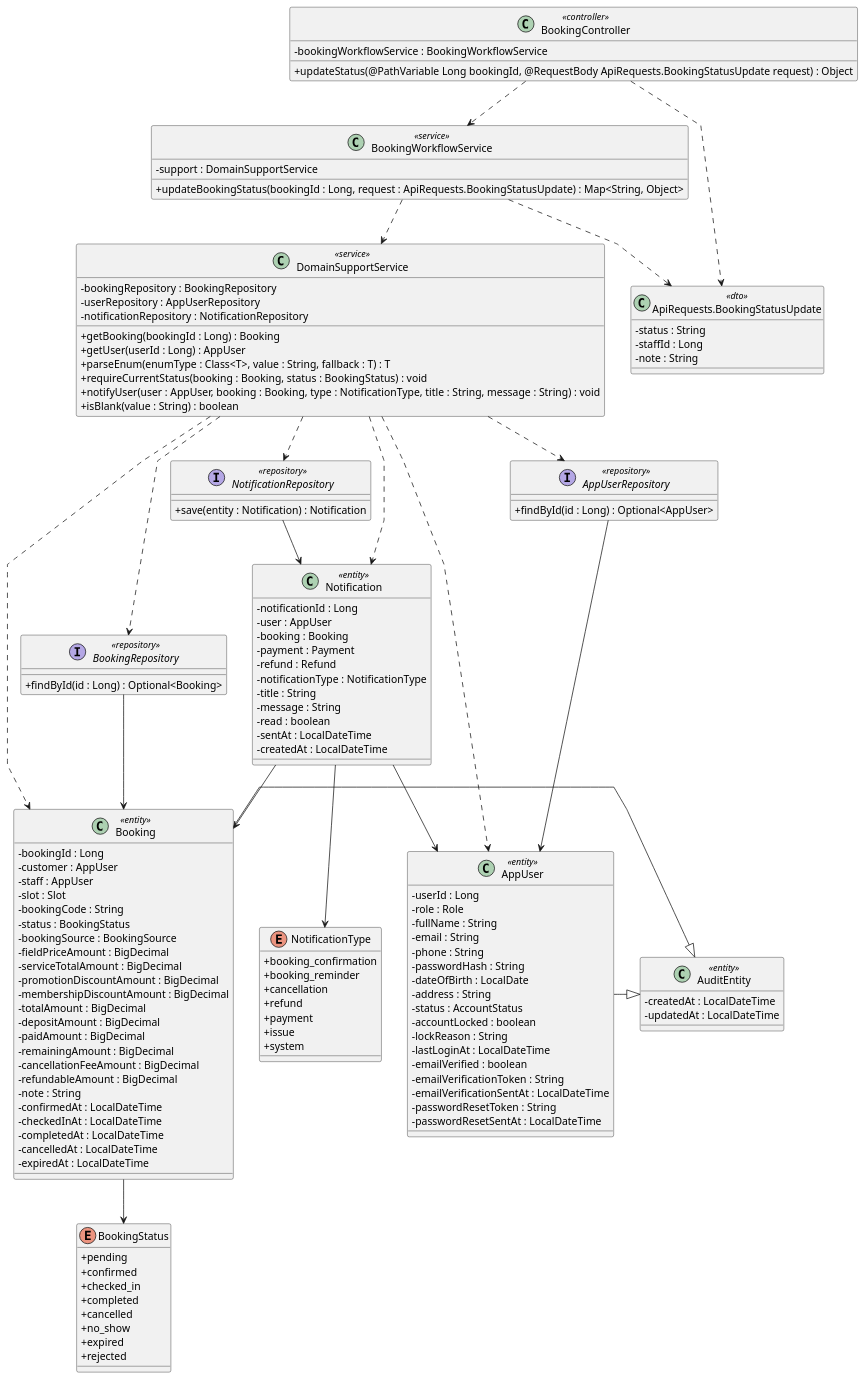
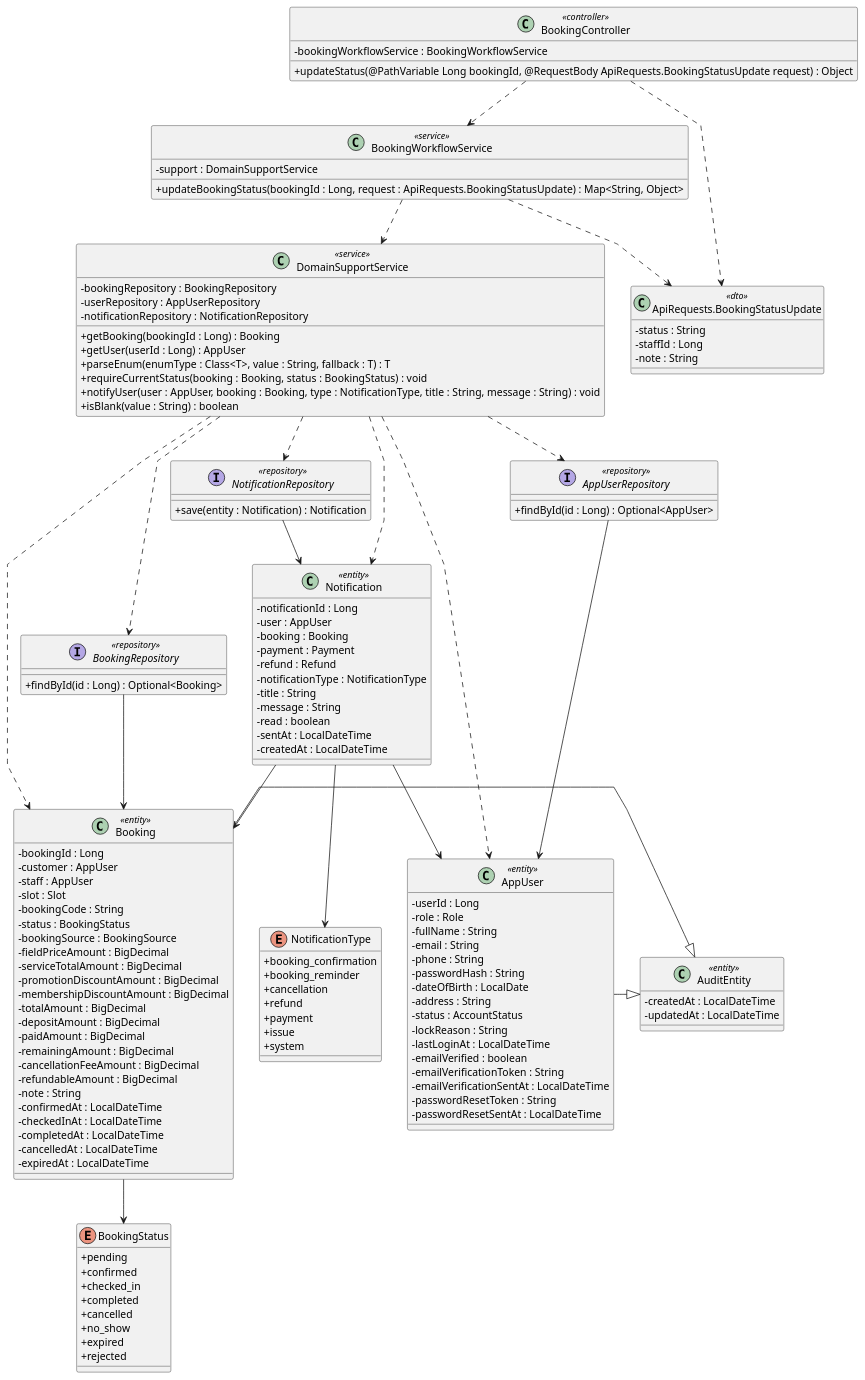
One commit to maxwell1904/SWP391_G3 changed the diagram in docs/Class Diagram/reject-booking.puml. Above: the diagram before and after it, drawn with PlantUML. The commit also changed 99 other files, not shown here.

```diff
--- a/docs/Class Diagram/reject-booking.puml
+++ b/docs/Class Diagram/reject-booking.puml
@@ -1,156 +1,155 @@
 @startuml
 
 skinparam classAttributeIconSize 0
 skinparam linetype polyline
 
 class BookingController <<controller>> {
     -bookingWorkflowService : BookingWorkflowService
 
     +updateStatus(@PathVariable Long bookingId, @RequestBody ApiRequests.BookingStatusUpdate request) : Object
 }
 
 class BookingWorkflowService <<service>> {
     -support : DomainSupportService
 
     +updateBookingStatus(bookingId : Long, request : ApiRequests.BookingStatusUpdate) : Map<String, Object>
 }
 
 class DomainSupportService <<service>> {
     -bookingRepository : BookingRepository
     -userRepository : AppUserRepository
     -notificationRepository : NotificationRepository
 
     +getBooking(bookingId : Long) : Booking
     +getUser(userId : Long) : AppUser
     +parseEnum(enumType : Class<T>, value : String, fallback : T) : T
     +requireCurrentStatus(booking : Booking, status : BookingStatus) : void
     +notifyUser(user : AppUser, booking : Booking, type : NotificationType, title : String, message : String) : void
     +isBlank(value : String) : boolean
 }
 
 class "ApiRequests.BookingStatusUpdate" as BookingStatusUpdateDTO <<dto>> {
     -status : String
     -staffId : Long
     -note : String
 }
 
 interface BookingRepository <<repository>> {
     +findById(id : Long) : Optional<Booking>
 }
 
 interface AppUserRepository <<repository>> {
     +findById(id : Long) : Optional<AppUser>
 }
 
 interface NotificationRepository <<repository>> {
     +save(entity : Notification) : Notification
 }
 
 class AuditEntity <<entity>> {
     -createdAt : LocalDateTime
     -updatedAt : LocalDateTime
 }
 
 class Booking <<entity>> {
     -bookingId : Long
     -customer : AppUser
     -staff : AppUser
     -slot : Slot
     -bookingCode : String
     -status : BookingStatus
     -bookingSource : BookingSource
     -fieldPriceAmount : BigDecimal
     -serviceTotalAmount : BigDecimal
     -promotionDiscountAmount : BigDecimal
     -membershipDiscountAmount : BigDecimal
     -totalAmount : BigDecimal
     -depositAmount : BigDecimal
     -paidAmount : BigDecimal
     -remainingAmount : BigDecimal
     -cancellationFeeAmount : BigDecimal
     -refundableAmount : BigDecimal
     -note : String
     -confirmedAt : LocalDateTime
     -checkedInAt : LocalDateTime
     -completedAt : LocalDateTime
     -cancelledAt : LocalDateTime
     -expiredAt : LocalDateTime
 }
 
 class AppUser <<entity>> {
     -userId : Long
     -role : Role
     -fullName : String
     -email : String
     -phone : String
     -passwordHash : String
     -dateOfBirth : LocalDate
     -address : String
     -status : AccountStatus
-    -accountLocked : boolean
     -lockReason : String
     -lastLoginAt : LocalDateTime
     -emailVerified : boolean
     -emailVerificationToken : String
     -emailVerificationSentAt : LocalDateTime
     -passwordResetToken : String
     -passwordResetSentAt : LocalDateTime
 }
 
 class Notification <<entity>> {
     -notificationId : Long
     -user : AppUser
     -booking : Booking
     -payment : Payment
     -refund : Refund
     -notificationType : NotificationType
     -title : String
     -message : String
     -read : boolean
     -sentAt : LocalDateTime
     -createdAt : LocalDateTime
 }
 
 enum BookingStatus {
     + pending
     + confirmed
     + checked_in
     + completed
     + cancelled
     + no_show
     + expired
     + rejected
 }
 
 enum NotificationType {
     + booking_confirmation
     + booking_reminder
     + cancellation
     + refund
     + payment
     + issue
     + system
 }
 
 ' Relationships
 BookingController ..> BookingWorkflowService
 BookingController ..> BookingStatusUpdateDTO
 BookingWorkflowService ..> DomainSupportService
 BookingWorkflowService ..> BookingStatusUpdateDTO
 DomainSupportService ..> BookingRepository
 DomainSupportService ..> AppUserRepository
 DomainSupportService ..> NotificationRepository
 DomainSupportService ..> Booking
 DomainSupportService ..> Notification
 DomainSupportService ..> AppUser
 BookingRepository --> Booking
 AppUserRepository --> AppUser
 NotificationRepository --> Notification
 Notification --> Booking
 Notification --> AppUser
 Booking -|> AuditEntity
 AppUser -|> AuditEntity
 Booking --> BookingStatus
 Notification --> NotificationType
 
 @enduml
```
